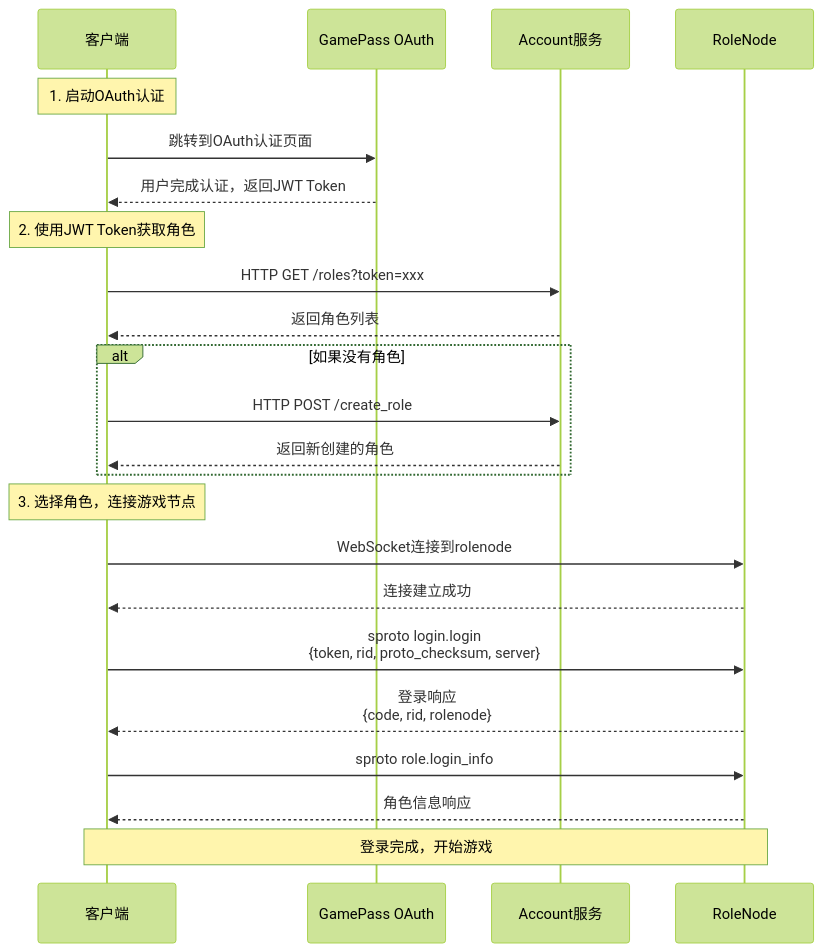
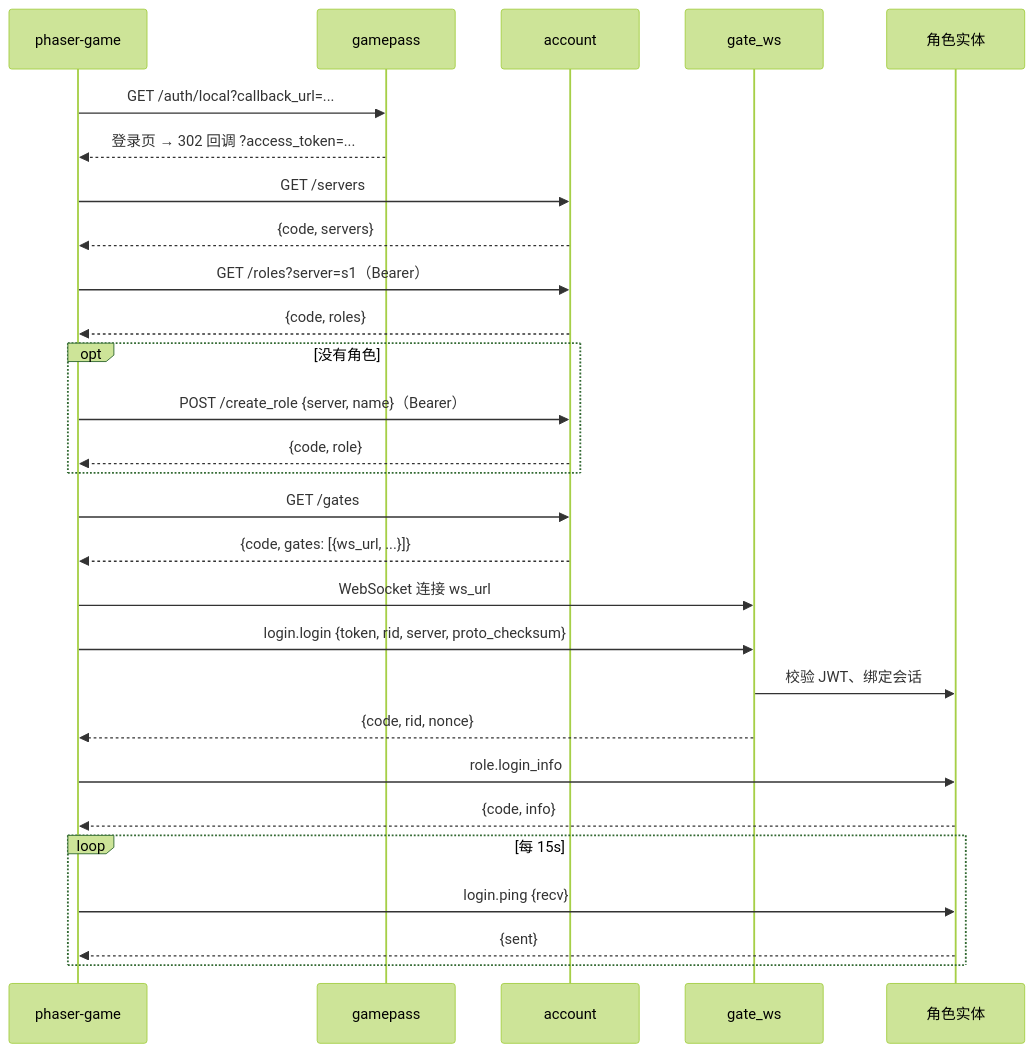
The fourth of 5 diagrams in login_flow_diagram.md (hanxi/phaser-game), drawn with Mermaid (forest theme) before and after one commit. The commit also changed other lines of this file and 14 other files, not shown here.

````diff
--- a/login_flow_diagram.md
+++ b/login_flow_diagram.md
@@ -189,32 +104,31 @@
 ```mermaid
 sequenceDiagram
-    participant C as 客户端
-    participant GP as GamePass OAuth
-    participant A as Account服务
-    participant R as RoleNode
-    
-    Note over C: 1. 启动OAuth认证
-    C->>GP: 跳转到OAuth认证页面
-    GP-->>C: 用户完成认证，返回JWT Token
-    
-    Note over C: 2. 使用JWT Token获取角色
-    C->>A: HTTP GET /roles?token=xxx
-    A-->>C: 返回角色列表
-    
-    alt 如果没有角色
-        C->>A: HTTP POST /create_role
-        A-->>C: 返回新创建的角色
+    participant C as phaser-game
+    participant GP as gamepass
+    participant A as account
+    participant G as gate_ws
+    participant E as 角色实体
+
+    C->>GP: GET /auth/local?callback_url=...
+    GP-->>C: 登录页 → 302 回调 ?access_token=...
+    C->>A: GET /servers
+    A-->>C: {code, servers}
+    C->>A: GET /roles?server=s1（Bearer）
+    A-->>C: {code, roles}
+    opt 没有角色
+        C->>A: POST /create_role {server, name}（Bearer）
+        A-->>C: {code, role}
     end
-    
-    Note over C: 3. 选择角色，连接游戏节点
-    C->>R: WebSocket连接到rolenode
-    R-->>C: 连接建立成功
-    
-    C->>R: sproto login.login<br/>{token, rid, proto_checksum, server}
-    R-->>C: 登录响应<br/>{code, rid, rolenode}
-    
-    C->>R: sproto role.login_info
-    R-->>C: 角色信息响应
-    
-    Note over C,R: 登录完成，开始游戏
+    C->>A: GET /gates
+    A-->>C: {code, gates: [{ws_url, ...}]}
+    C->>G: WebSocket 连接 ws_url
+    C->>G: login.login {token, rid, server, proto_checksum}
+    G->>E: 校验 JWT、绑定会话
+    G-->>C: {code, rid, nonce}
+    C->>E: role.login_info
+    E-->>C: {code, info}
+    loop 每 15s
+        C->>E: login.ping {recv}
+        E-->>C: {sent}
+    end
 ```
````
